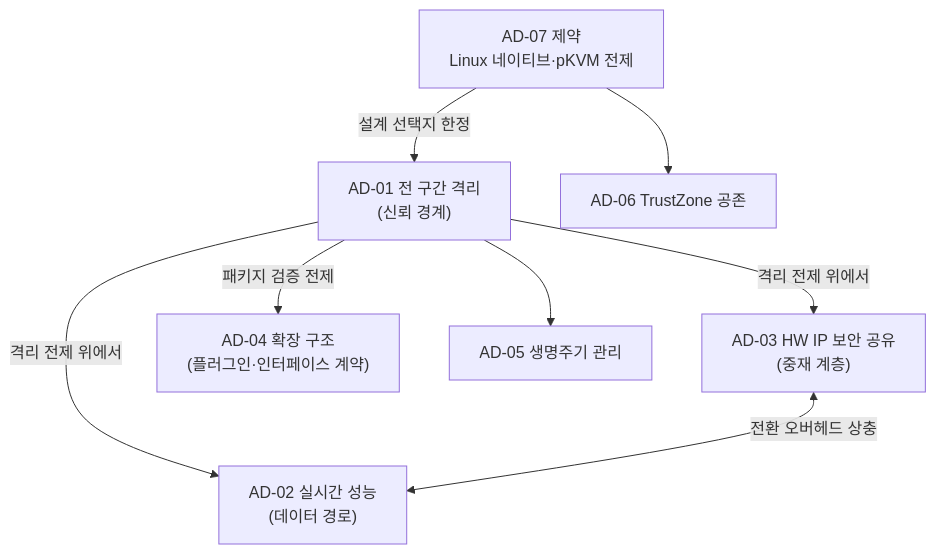
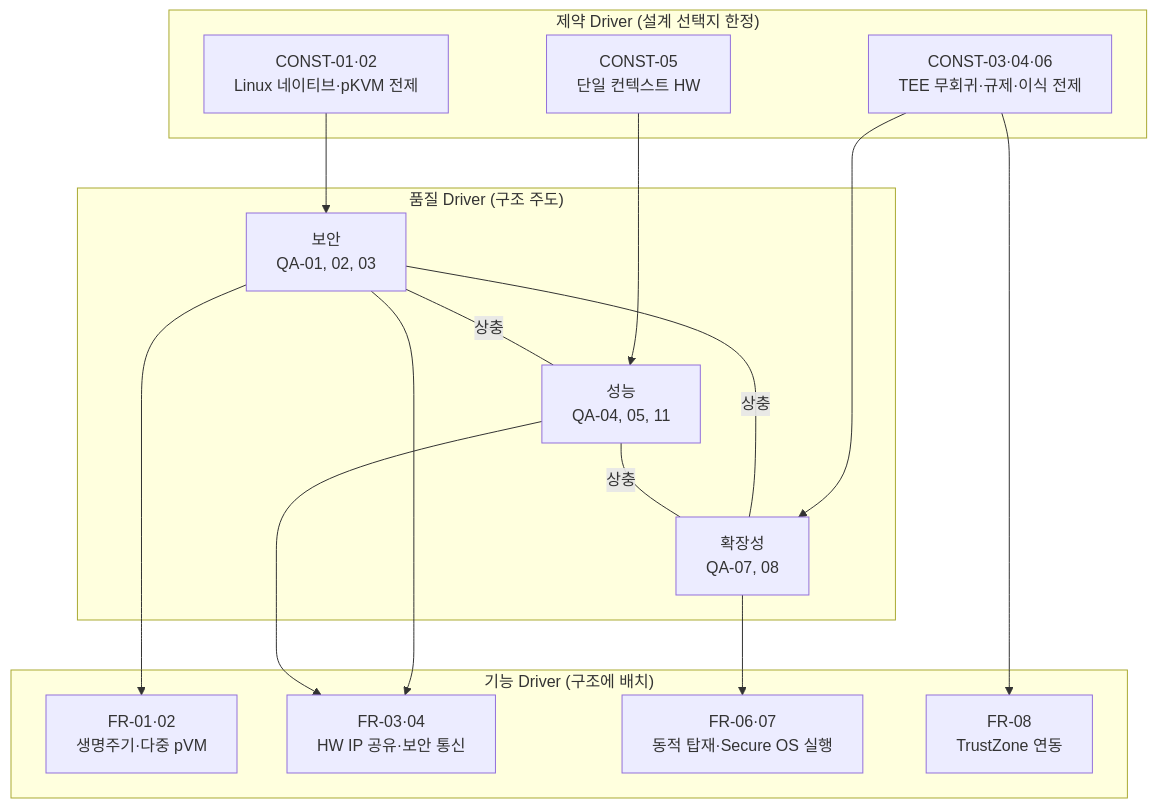
One commit to boram1288/test-p changed the diagram in docs_fable/04_architectural_drivers.md. Above: the diagram before and after it, drawn with Mermaid. The commit also changed other lines of this file, not shown here.

Commit message:
docs_fable: 04_architectural_drivers.md 재작성 — driver를 중요 FR·핵심 QA·CONST 전체로 선정하는 방식으로 변경

````diff
--- a/docs_fable/04_architectural_drivers.md
+++ b/docs_fable/04_architectural_drivers.md
@@ -100,18 +91,31 @@
 ```mermaid
 flowchart TB
-    AD07["AD-07 제약<br/>Linux 네이티브·pKVM 전제"]
-    AD01["AD-01 전 구간 격리<br/>(신뢰 경계)"]
-    AD03["AD-03 HW IP 보안 공유<br/>(중재 계층)"]
-    AD02["AD-02 실시간 성능<br/>(데이터 경로)"]
-    AD04["AD-04 확장 구조<br/>(플러그인·인터페이스 계약)"]
-    AD05["AD-05 생명주기 관리"]
-    AD06["AD-06 TrustZone 공존"]
+    subgraph const_d["제약 Driver (설계 선택지 한정)"]
+        C12["CONST-01·02<br/>Linux 네이티브·pKVM 전제"]
+        C5["CONST-05<br/>단일 컨텍스트 HW"]
+        C36["CONST-03·04·06<br/>TEE 무회귀·규제·이식 전제"]
+    end
+    subgraph qa_d["품질 Driver (구조 주도)"]
+        SEC["보안<br/>QA-01, 02, 03"]
+        PERF["성능<br/>QA-04, 05, 11"]
+        EXT["확장성<br/>QA-07, 08"]
+    end
+    subgraph fr_d["기능 Driver (구조에 배치)"]
+        F12["FR-01·02<br/>생명주기·다중 pVM"]
+        F34["FR-03·04<br/>HW IP 공유·보안 통신"]
+        F67["FR-06·07<br/>동적 탑재·Secure OS 실행"]
+        F8["FR-08<br/>TrustZone 연동"]
+    end
 
-    AD07 -->|"설계 선택지 한정"| AD01
-    AD01 -->|"격리 전제 위에서"| AD03
-    AD01 -->|"격리 전제 위에서"| AD02
-    AD03 <-->|"전환 오버헤드 상충"| AD02
-    AD01 -->|"패키지 검증 전제"| AD04
-    AD01 --> AD05
-    AD07 --> AD06
+    C12 --> SEC
+    C5 --> PERF
+    C36 --> EXT
+    SEC ---|"상충"| PERF
+    SEC ---|"상충"| EXT
+    PERF ---|"상충"| EXT
+    SEC --> F12
+    SEC --> F34
+    PERF --> F34
+    EXT --> F67
+    C36 --> F8
 ```
````
